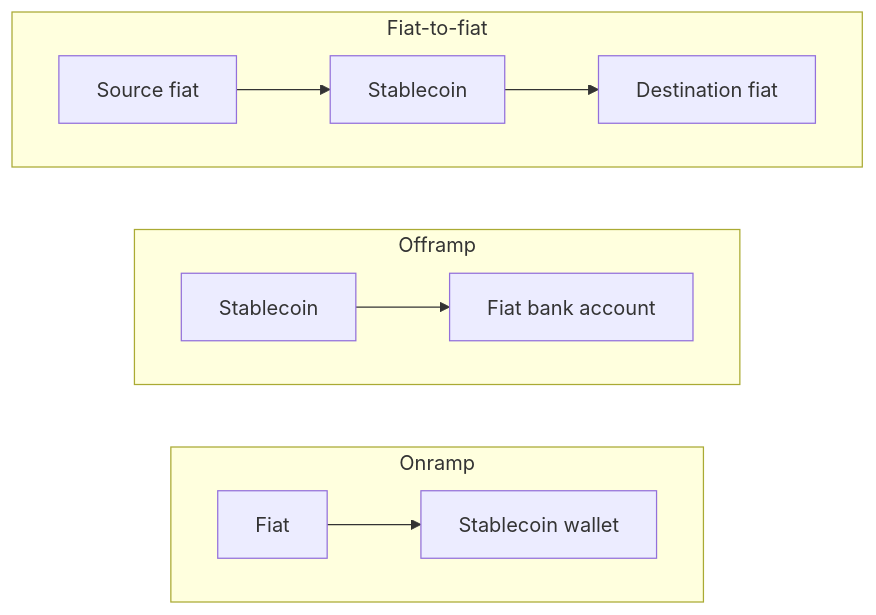
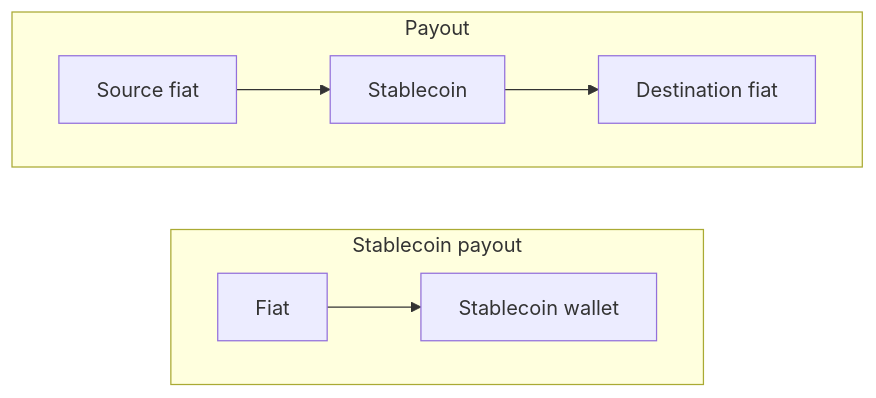
Before and after one commit to TeelOrg/docs: the third of 3 diagrams in concepts.mdx, drawn with Mermaid. The commit also changed other lines of this file and 14 other files, not shown here.

````diff
--- a/concepts.mdx
+++ b/concepts.mdx
@@ -61,17 +61,12 @@
 ```mermaid
 flowchart LR
-    subgraph Onramp ["Onramp"]
+    subgraph stablecoinpayout ["Stablecoin payout"]
         direction LR
         F1["Fiat"] --> S1["Stablecoin wallet"]
     end
 
-    subgraph Offramp ["Offramp"]
-        direction LR
-        S2["Stablecoin"] --> F2["Fiat bank account"]
-    end
-
-    subgraph F2F ["Fiat-to-fiat"]
+    subgraph payout ["Payout"]
         direction LR
         F3["Source fiat"] --> S3["Stablecoin"] --> F4["Destination fiat"]
     end
 ```
````
